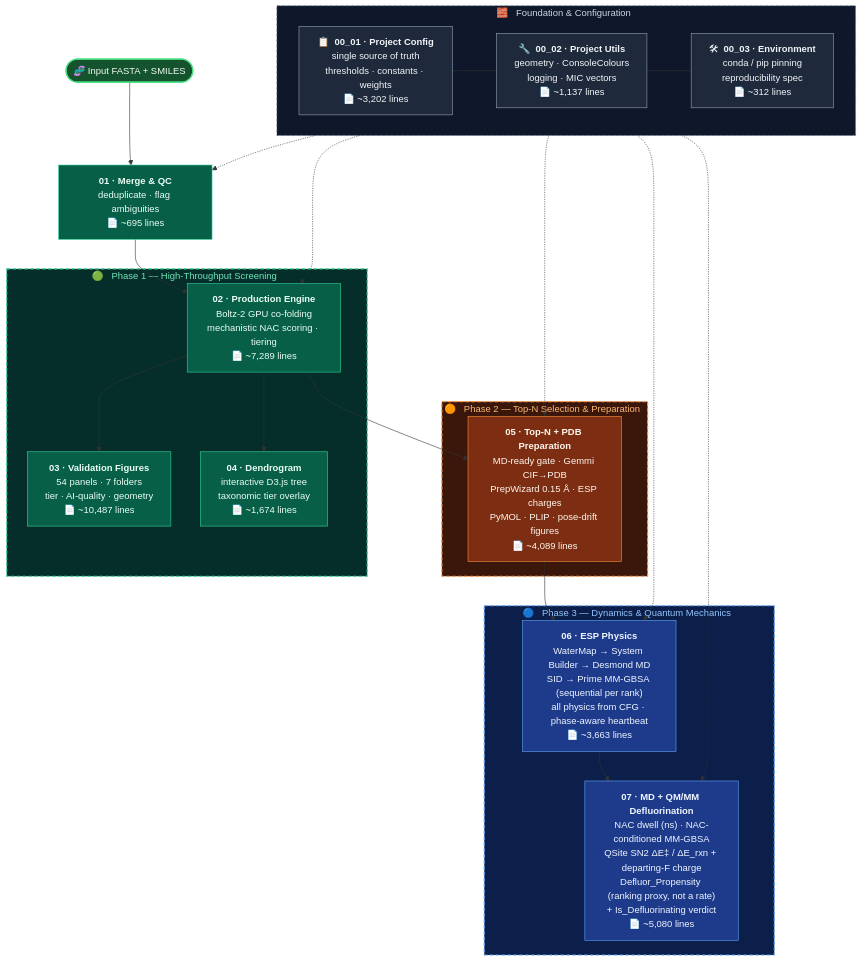
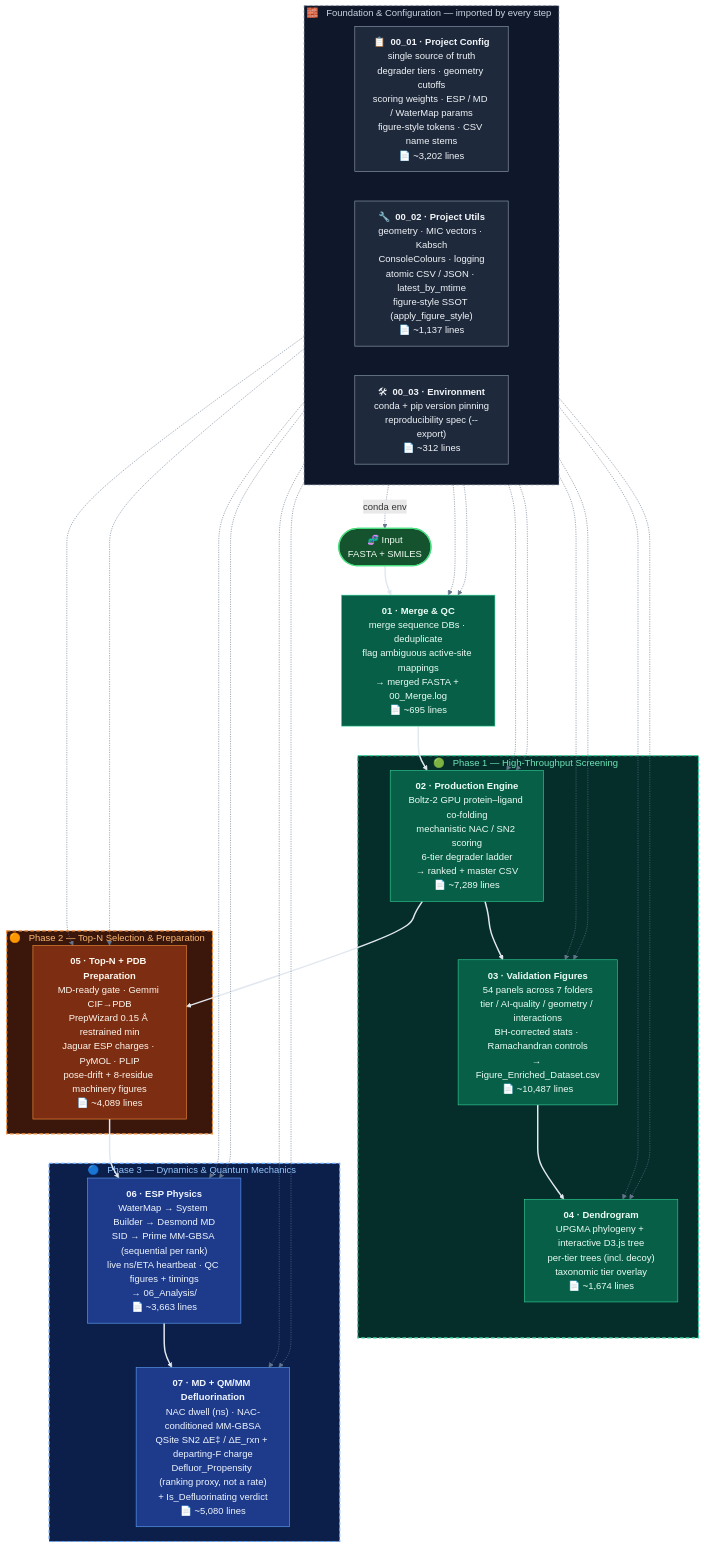
Before and after one commit to KU-MGB/DeFluorX: the diagram in README.md, drawn with Mermaid. The commit also changed other lines of this file, not shown here.

Commit message:
docs(readme): honest Mermaid — foundation imports fan out to every step
- 00_01 CFG + 00_02 utils now dotted to all 7 modules (imported by every step), not a
  single subgraph arrow; 00_03 pins the conda env (→ START). Thin dashed = imports,
  thick solid = data flow.
- Fixed the data chain: 02 → 03 → 04 (04 reads 03's Figure_Enriched_Dataset.csv, not 02
  directly). Removed the earlier faked 02 → 04 edge.
- Bigger, more detailed script boxes (key responsibilities + outputs per step).
- Validated the diagram renders via mermaid-cli.

````diff
--- a/README.md
+++ b/README.md
@@ -190,47 +190,58 @@
 ```mermaid
 flowchart TD
-    START(["🧬 Input FASTA + SMILES"]):::io
+    START(["🧬 Input<br/>FASTA + SMILES"]):::io
 
-    subgraph FOUNDATION["🧱 &nbsp; Foundation &amp; Configuration &nbsp;"]
+    subgraph FOUNDATION["🧱 &nbsp; Foundation &amp; Configuration — imported by every step &nbsp;"]
         direction LR
-        CFG["📋 &nbsp;<b>00_01 · Project Config</b><br/>single source of truth<br/>thresholds · constants · weights<br/>📄 ~3,202 lines"]:::found
-        UTL["🔧 &nbsp;<b>00_02 · Project Utils</b><br/>geometry · ConsoleColours<br/>logging · MIC vectors<br/>📄 ~1,137 lines"]:::found
-        ENV["🛠 &nbsp;<b>00_03 · Environment</b><br/>conda / pip pinning<br/>reproducibility spec<br/>📄 ~312 lines"]:::found
-        CFG --- UTL --- ENV
+        CFG["📋 &nbsp;<b>00_01 · Project Config</b><br/>single source of truth<br/>degrader tiers · geometry cutoffs<br/>scoring weights · ESP / MD / WaterMap params<br/>figure-style tokens · CSV name stems<br/>📄 ~3,202 lines"]:::found
+        UTL["🔧 &nbsp;<b>00_02 · Project Utils</b><br/>geometry · MIC vectors · Kabsch<br/>ConsoleColours · logging<br/>atomic CSV / JSON · latest_by_mtime<br/>figure-style SSOT (apply_figure_style)<br/>📄 ~1,137 lines"]:::found
+        ENV["🛠 &nbsp;<b>00_03 · Environment</b><br/>conda + pip version pinning<br/>reproducibility spec (--export)<br/>📄 ~312 lines"]:::found
     end
 
-    M1["<b>01 · Merge &amp; QC</b><br/>deduplicate · flag ambiguities<br/>📄 ~695 lines"]:::hts
+    M1["<b>01 · Merge &amp; QC</b><br/>merge sequence DBs · deduplicate<br/>flag ambiguous active-site mappings<br/>→ merged FASTA + 00_Merge.log<br/>📄 ~695 lines"]:::hts
 
     subgraph PHASE1["🟢 &nbsp; Phase 1 — High-Throughput Screening &nbsp;"]
-        M2["<b>02 · Production Engine</b><br/>Boltz-2 GPU co-folding<br/>mechanistic NAC scoring · tiering<br/>📄 ~7,289 lines"]:::hts
-        M3["<b>03 · Validation Figures</b><br/>54 panels · 7 folders<br/>tier · AI-quality · geometry<br/>📄 ~10,487 lines"]:::hts
-        M4["<b>04 · Dendrogram</b><br/>interactive D3.js tree<br/>taxonomic tier overlay<br/>📄 ~1,674 lines"]:::hts
+        M2["<b>02 · Production Engine</b><br/>Boltz-2 GPU protein–ligand co-folding<br/>mechanistic NAC / SN2 scoring<br/>6-tier degrader ladder<br/>→ ranked + master CSV<br/>📄 ~7,289 lines"]:::hts
+        M3["<b>03 · Validation Figures</b><br/>54 panels across 7 folders<br/>tier / AI-quality / geometry / interactions<br/>BH-corrected stats · Ramachandran controls<br/>→ Figure_Enriched_Dataset.csv<br/>📄 ~10,487 lines"]:::hts
+        M4["<b>04 · Dendrogram</b><br/>UPGMA phylogeny + interactive D3.js tree<br/>per-tier trees (incl. decoy)<br/>taxonomic tier overlay<br/>📄 ~1,674 lines"]:::hts
         M2 --> M3
-        M2 --> M4
+        M3 --> M4
     end
 
     subgraph PHASE2["🟠 &nbsp; Phase 2 — Top-N Selection &amp; Preparation &nbsp;"]
-        M5["<b>05 · Top-N + PDB Preparation</b><br/>MD-ready gate · Gemmi CIF→PDB<br/>PrepWizard 0.15 Å · ESP charges<br/>PyMOL · PLIP · pose-drift figures<br/>📄 ~4,089 lines"]:::prep
+        M5["<b>05 · Top-N + PDB Preparation</b><br/>MD-ready gate · Gemmi CIF→PDB<br/>PrepWizard 0.15 Å restrained min<br/>Jaguar ESP charges · PyMOL · PLIP<br/>pose-drift + 8-residue machinery figures<br/>📄 ~4,089 lines"]:::prep
     end
 
     subgraph PHASE3["🔵 &nbsp; Phase 3 — Dynamics &amp; Quantum Mechanics &nbsp;"]
-        M6["<b>06 · ESP Physics</b><br/>WaterMap → System Builder → Desmond MD<br/>SID → Prime MM-GBSA (sequential per rank)<br/>all physics from CFG · phase-aware heartbeat<br/>📄 ~3,663 lines"]:::dyn
+        M6["<b>06 · ESP Physics</b><br/>WaterMap → System Builder → Desmond MD<br/>SID → Prime MM-GBSA (sequential per rank)<br/>live ns/ETA heartbeat · QC figures + timings<br/>→ 06_Analysis/<br/>📄 ~3,663 lines"]:::dyn
         M7["<b>07 · MD + QM/MM Defluorination</b><br/>NAC dwell (ns) · NAC-conditioned MM-GBSA<br/>QSite SN2 ΔE‡ / ΔE_rxn + departing-F charge<br/>Defluor_Propensity (ranking proxy, not a rate)<br/>+ Is_Defluorinating verdict<br/>📄 ~5,080 lines"]:::dyn
         M6 --> M7
     end
 
-    START --> M1 --> M2
-    M2 --> M5 --> M6
-    FOUNDATION -.-> M1 & M2 & M5 & M6 & M7
+    %% ── data flow (solid) ──
+    START --> M1
+    M1 --> M2
+    M2 --> M5
+    M5 --> M6
+
+    %% ── shared foundation: 00_01 CFG + 00_02 utils are imported by EVERY step; 00_03 pins the runtime ──
+    CFG -.-> M1 & M2 & M3 & M4 & M5 & M6 & M7
+    UTL -.-> M1 & M2 & M3 & M4 & M5 & M6 & M7
+    ENV -.->|conda env| START
 
     classDef io    fill:#14532d,stroke:#4ade80,color:#f0fdf4,stroke-width:2px
     classDef found fill:#1e293b,stroke:#94a3b8,color:#f1f5f9
     classDef hts   fill:#065f46,stroke:#34d399,color:#ecfdf5
     classDef prep  fill:#7c2d12,stroke:#fb923c,color:#fff7ed
     classDef dyn   fill:#1e3a8a,stroke:#60a5fa,color:#eff6ff
 
     style FOUNDATION fill:#0f172a,stroke:#64748b,color:#cbd5e1,stroke-width:1px,stroke-dasharray:5 4
     style PHASE1 fill:#052e2b,stroke:#34d399,color:#6ee7b7,stroke-width:2px,stroke-dasharray:6 4
     style PHASE2 fill:#3b160a,stroke:#fb923c,color:#fdba74,stroke-width:2px,stroke-dasharray:6 4
     style PHASE3 fill:#0c1f4a,stroke:#60a5fa,color:#93c5fd,stroke-width:2px,stroke-dasharray:6 4
+
+    %% edges 0–6 = data flow (declared inside subgraphs first: M2→M3, M3→M4, M6→M7, then START→M1, M1→M2, M2→M5, M5→M6)
+    linkStyle 0,1,2,3,4,5,6 stroke:#e2e8f0,stroke-width:2.5px
+    %% edges 7–21 = the 15 dotted foundation-import links (CFG×7, UTL×7, ENV×1)
+    linkStyle 7,8,9,10,11,12,13,14,15,16,17,18,19,20,21 stroke:#64748b,stroke-width:1px
 ```
````
